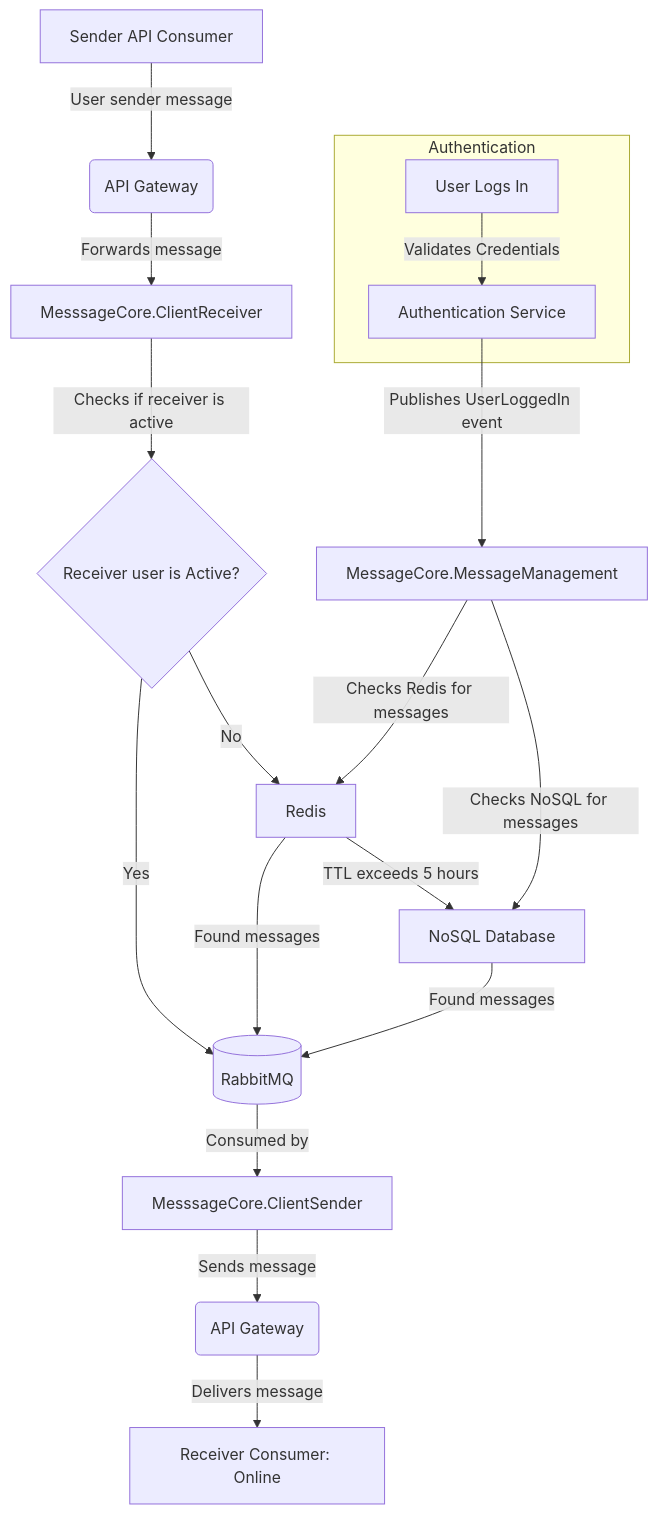
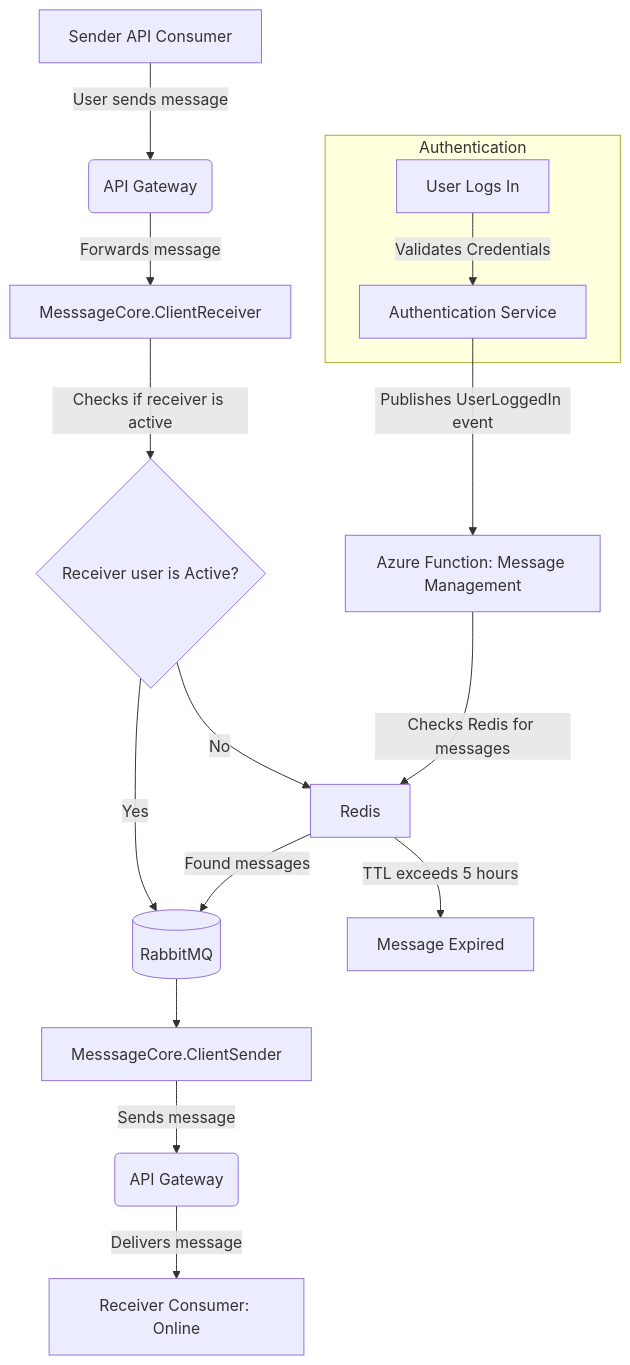
Before and after one commit to Klik-Bait/Klik-Core: the diagram in README.md, drawn with Mermaid.

Commit message:
updated diagram

````diff
--- a/README.md
+++ b/README.md
@@ -10,23 +10,22 @@
 ```mermaid
 graph TD
-    A[Sender API Consumer] -->|User sender message| B(API Gateway)
+    A[Sender API Consumer] -->|User sends message| B(API Gateway)
     B -->|Forwards message| C[MesssageCore.ClientReceiver]
     C -->|Checks if receiver is active| X{Receiver user is Active?}
     X -->|Yes| D[(RabbitMQ)]
     X -->|No| R[Redis]
-    R -->|TTL exceeds 5 hours| N[NoSQL Database]
+    R -->|TTL exceeds 5 hours| M[Message Expired]
 
     subgraph Authentication
         H[User Logs In] -->|Validates Credentials| AS[Authentication Service]
     end
 
-    AS -->|Publishes UserLoggedIn event| MM[MessageCore.MessageManagement]
-    MM -->|Checks Redis for messages| R
-    MM -->|Checks NoSQL for messages| N
+    AS -->|Publishes UserLoggedIn event| AF[Azure Function: Message Management]
+    AF -->|Checks Redis for messages| R
     R -->|Found messages| D
-    N -->|Found messages| D
-    D -->|Consumed by| E[MesssageCore.ClientSender]
+
+    D --> E[MesssageCore.ClientSender]
     E -->|Sends message| F(API Gateway)
     F -->|Delivers message| G[Receiver Consumer: Online]
 
 ```
````
